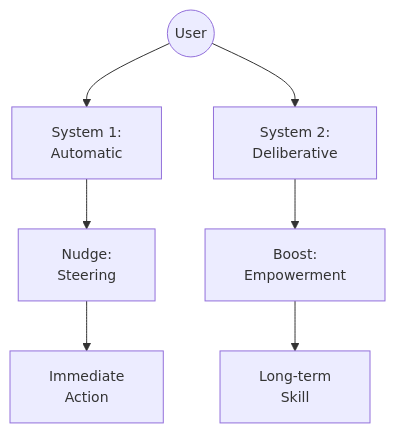
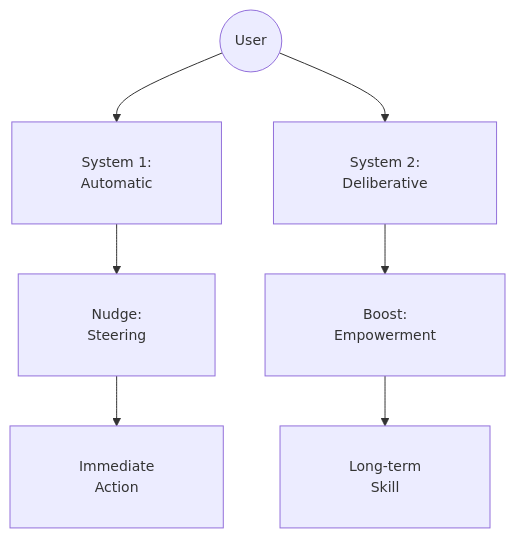
One commit to GM024/CourseSummaries changed the fourth of 7 diagrams in Communication_Influence/Mastery_Guide_SOW_BS033.md. Above: the diagram before and after it, drawn with Mermaid. The commit also changed other lines of this file, not shown here.

Commit message:
Apply hard flowchart padding (30px) to all diagrams for final margin fix

````diff
--- a/Communication_Influence/Mastery_Guide_SOW_BS033.md
+++ b/Communication_Influence/Mastery_Guide_SOW_BS033.md
@@ -124,10 +124,10 @@
 ```mermaid
-%%{init: {'themeVariables': { 'fontSize': '14px', 'nodePadding': 20 }}}%%
+%%{init: {'flowchart': {'padding': 30}, 'themeVariables': { 'fontSize': '14px' }}}%%
 graph TD
     User((User)) --> S1["&nbsp; System 1: &nbsp;<br/>&nbsp; Automatic &nbsp;"]
     User --> S2["&nbsp; System 2: &nbsp;<br/>&nbsp; Deliberative &nbsp;"]
     S1 --> Nudge["&nbsp; Nudge: &nbsp;<br/>&nbsp; Steering &nbsp;"]
     S2 --> Boost["&nbsp; Boost: &nbsp;<br/>&nbsp; Empowerment &nbsp;"]
     Nudge --> Behavior["&nbsp; Immediate &nbsp;<br/>&nbsp; Action &nbsp;"]
     Boost --> Competence["&nbsp; Long-term &nbsp;<br/>&nbsp; Skill &nbsp;"]
 ```
````
